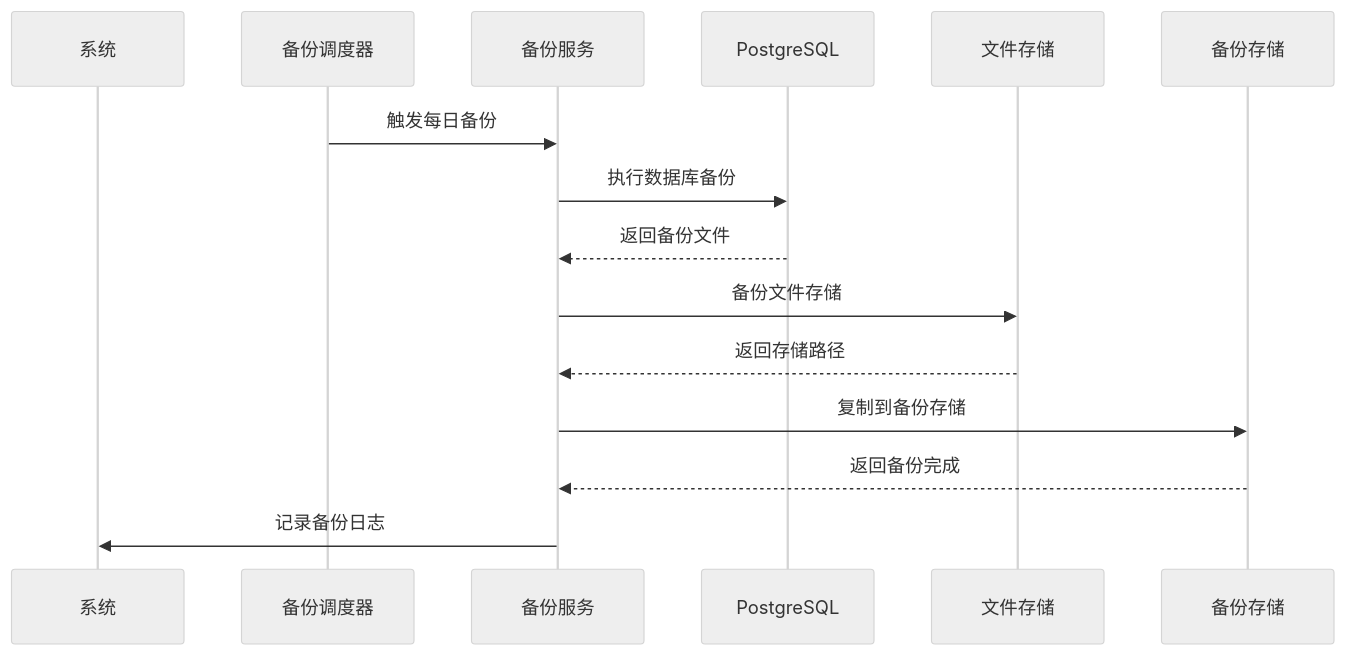
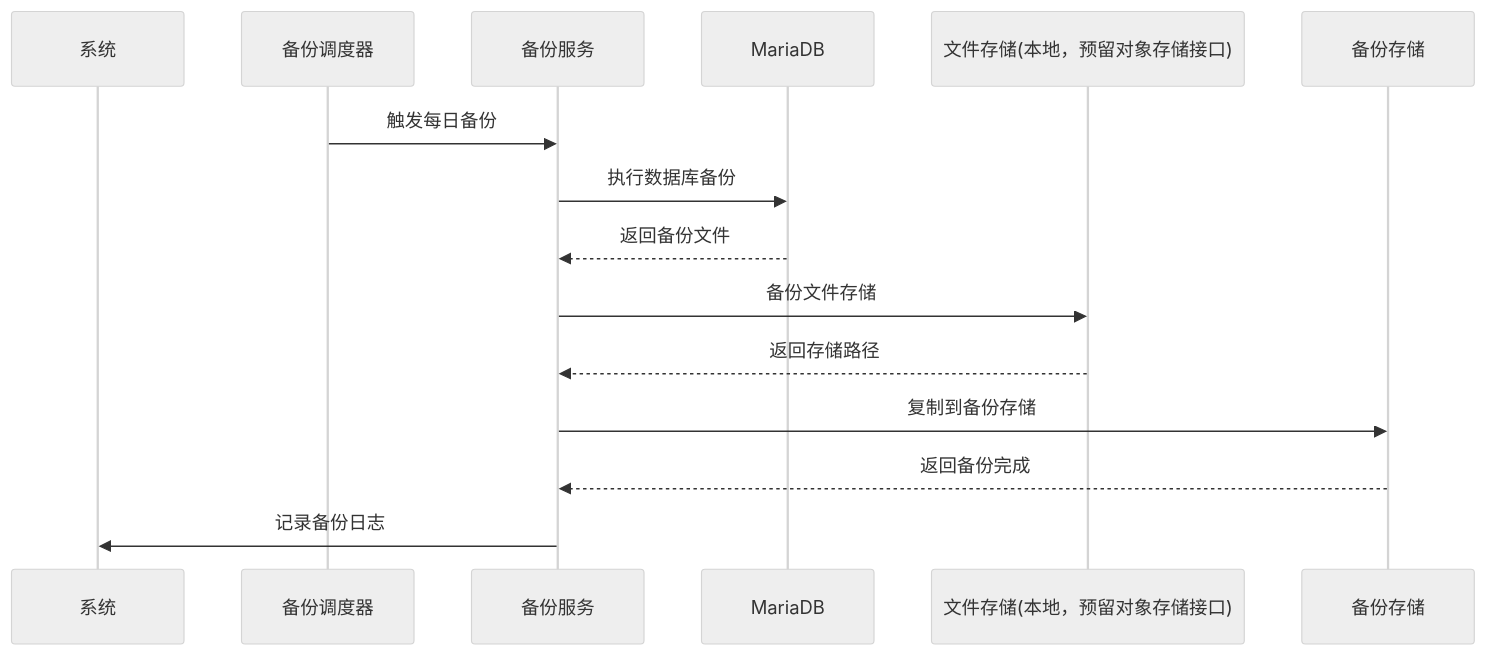
Before and after one commit to dayutech/Vuln-Audit-Lifecycle-Management: diagram 11 of 11 in docs/design/sequence_diagram.md, drawn with Mermaid (neutral theme). The commit also changed other lines of this file and 46 other files, not shown here.

````diff
--- a/docs/design/sequence_diagram.md
+++ b/docs/design/sequence_diagram.md
@@ -356,18 +356,18 @@
 ```mermaid
 sequenceDiagram
     participant System as 系统
     participant BackupScheduler as 备份调度器
     participant BackupService as 备份服务
-    participant Database as PostgreSQL
-    participant FileStorage as 文件存储
+    participant Database as MariaDB
+    participant FileStorage as 文件存储(本地，预留对象存储接口)
     participant BackupStorage as 备份存储
 
     BackupScheduler->>BackupService: 触发每日备份
     BackupService->>Database: 执行数据库备份
     Database-->>BackupService: 返回备份文件
     BackupService->>FileStorage: 备份文件存储
     FileStorage-->>BackupService: 返回存储路径
     BackupService->>BackupStorage: 复制到备份存储
     BackupStorage-->>BackupService: 返回备份完成
     BackupService->>System: 记录备份日志
 ```
````
